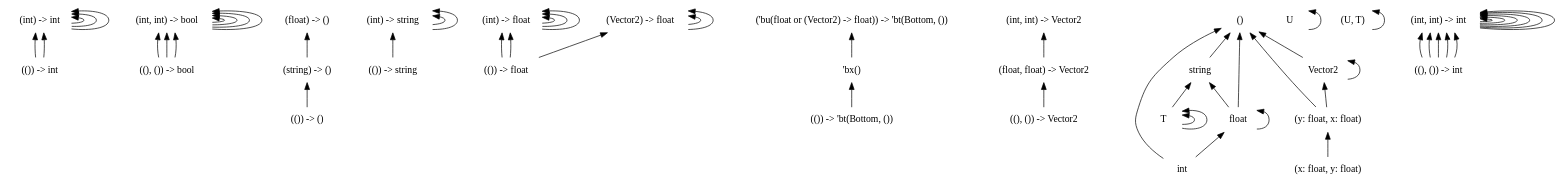
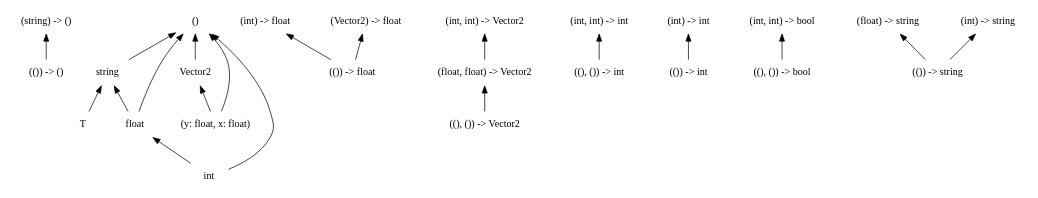
One commit to chocobo333/regino changed the diagram in dots/2.dot. Above: the diagram before and after it, drawn with Graphviz. The commit also changed 40 other files, not shown here.

```diff
--- a/dots/2.dot
+++ b/dots/2.dot
@@ -1,98 +1,54 @@
 digraph order {
   graph [
     size = "30,10"
     ];
   node [
     shape = none
     ];
   edge [
     dir = back
     ];
-  "(()) -> int"
-  "(int) -> int"
-  "((), ()) -> bool"
-  "(int, int) -> bool"
+  "(string) -> ()"
   "(()) -> ()"
-  "(string) -> ()"
-  "(()) -> string"
-  "(int) -> string"
-  "(()) -> float"
-  "(int) -> float"
-  "(()) -> 'bt(Bottom, ())"
-  "(Vector2) -> float"
-  "((), ()) -> Vector2"
-  "(float, float) -> Vector2"
-  "(float) -> ()"
   "string"
   "Vector2"
-  "('bu(float or (Vector2) -> float)) -> 'bt(Bottom, ())"
+  "(()) -> float"
+  "T"
+  "((), ()) -> Vector2"
   "(int, int) -> Vector2"
+  "((), ()) -> int"
+  "(int) -> int"
+  "(int, int) -> int"
+  "()"
+  "(int, int) -> bool"
+  "(float, float) -> Vector2"
+  "(float) -> string"
+  "(()) -> string"
+  "(int) -> float"
+  "(Vector2) -> float"
   "(y: float, x: float)"
-  "T"
-  "U"
-  "T"
-  "T"
-  "()"
-  "(U, T)"
-  "'bx()"
+  "(int) -> string"
   "float"
+  "(()) -> int"
   "int"
-  "((), ()) -> int"
-  "(int, int) -> int"
-  "(float, float) -> Vector2" -> "((), ()) -> Vector2"
-  "(int, int) -> Vector2" -> "(float, float) -> Vector2"
-  "(int, int) -> int" -> "((), ()) -> int"
-  "(int, int) -> int" -> "((), ()) -> int"
-  "(int, int) -> int" -> "((), ()) -> int"
-  "(int, int) -> int" -> "(int, int) -> int"
-  "(int, int) -> int" -> "((), ()) -> int"
-  "(int, int) -> int" -> "((), ()) -> int"
-  "(int, int) -> int" -> "(int, int) -> int"
-  "(int) -> int" -> "(int) -> int"
-  "(int) -> int" -> "(()) -> int"
-  "(int) -> int" -> "(()) -> int"
-  "(int) -> int" -> "(int) -> int"
-  "(int, int) -> int" -> "(int, int) -> int"
-  "(int) -> int" -> "(int) -> int"
-  "(int, int) -> int" -> "(int, int) -> int"
-  "(int, int) -> bool" -> "((), ()) -> bool"
-  "(int, int) -> bool" -> "(int, int) -> bool"
-  "(int, int) -> bool" -> "((), ()) -> bool"
-  "(int, int) -> bool" -> "((), ()) -> bool"
-  "(int, int) -> bool" -> "(int, int) -> bool"
-  "(int, int) -> bool" -> "(int, int) -> bool"
-  "(int) -> string" -> "(()) -> string"
-  "(int) -> string" -> "(int) -> string"
-  "(int) -> string" -> "(int) -> string"
+  "((), ()) -> bool"
   "(string) -> ()" -> "(()) -> ()"
   "string" -> "T"
   "string" -> "float"
-  "Vector2" -> "Vector2"
   "Vector2" -> "(y: float, x: float)"
-  "(float) -> ()" -> "(string) -> ()"
-  "(int, int) -> bool" -> "(int, int) -> bool"
-  "(int, int) -> int" -> "(int, int) -> int"
-  "(int, int) -> int" -> "(int, int) -> int"
-  "(int) -> float" -> "(()) -> float"
-  "(int) -> float" -> "(()) -> float"
-  "(int) -> float" -> "(int) -> float"
-  "(int) -> float" -> "(int) -> float"
-  "(int) -> float" -> "(int) -> float"
-  "('bu(float or (Vector2) -> float)) -> 'bt(Bottom, ())" -> "'bx()"
-  "(y: float, x: float)" -> "(x: float, y: float)"
-  "T" -> "T"
-  "U" -> "U"
-  "T" -> "T"
+  "(int, int) -> Vector2" -> "(float, float) -> Vector2"
+  "(int) -> int" -> "(()) -> int"
+  "(int, int) -> int" -> "((), ()) -> int"
   "()" -> "string"
   "()" -> "Vector2"
   "()" -> "(y: float, x: float)"
   "()" -> "float"
   "()" -> "int"
-  "(U, T)" -> "(U, T)"
-  "'bx()" -> "(()) -> 'bt(Bottom, ())"
-  "float" -> "float"
+  "(int, int) -> bool" -> "((), ()) -> bool"
+  "(float, float) -> Vector2" -> "((), ()) -> Vector2"
+  "(float) -> string" -> "(()) -> string"
+  "(int) -> float" -> "(()) -> float"
+  "(Vector2) -> float" -> "(()) -> float"
+  "(int) -> string" -> "(()) -> string"
   "float" -> "int"
-  "(Vector2) -> float" -> "(()) -> float"
-  "(Vector2) -> float" -> "(Vector2) -> float"
-  "(Vector2) -> float" -> "(Vector2) -> float"
 }
```
